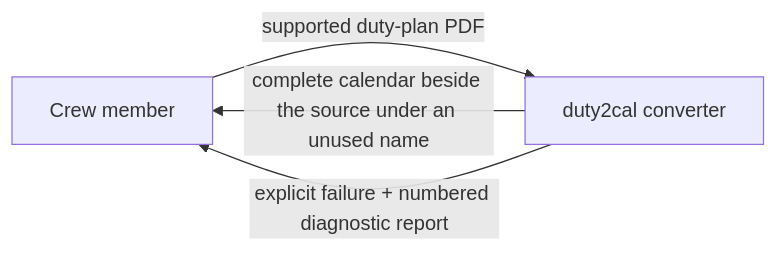
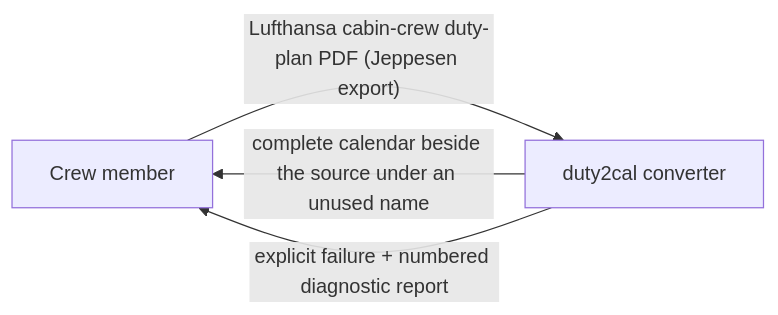
One commit to duty2cal/duty2cal changed the first of 7 diagrams in docs/arc42/03-context-and-scope.md. Above: the diagram before and after it, drawn with Mermaid. The commit also changed other lines of this file and 30 other files, not shown here.

Commit message:
chore(state-the-supported-duty-plan): record the reviewed plan for the supported-plan statement

````diff
--- a/docs/arc42/03-context-and-scope.md
+++ b/docs/arc42/03-context-and-scope.md
@@ -7,6 +7,6 @@
 ```mermaid
 flowchart LR
-  crew["Crew member"] -->|"supported duty-plan PDF"| conv["duty2cal converter"]
+  crew["Crew member"] -->|"Lufthansa cabin-crew duty-plan PDF (Jeppesen export)"| conv["duty2cal converter"]
   conv -->|"complete calendar beside the source under an unused name"| crew
   conv -->|"explicit failure + numbered diagnostic report"| crew
 ```
````
